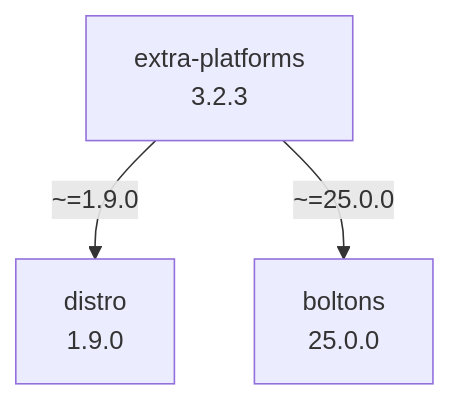
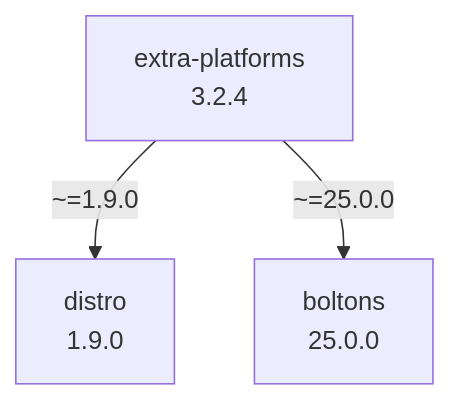
One commit to kdeldycke/extra-platforms changed the diagram in docs/assets/dependencies.mmd. Above: the diagram before and after it, drawn with Mermaid.

Commit message:
[autofix] Regenerate dependency graph

```diff
--- a/docs/assets/dependencies.mmd
+++ b/docs/assets/dependencies.mmd
@@ -1,7 +1,7 @@
 flowchart TD
     classDef missing stroke-dasharray: 5
     boltons["boltons\n25.0.0"]
     distro["distro\n1.9.0"]
-    extra-platforms["extra-platforms\n3.2.3"]
+    extra-platforms["extra-platforms\n3.2.4"]
     extra-platforms -- "~=1.9.0" --> distro
     extra-platforms -- "~=25.0.0" --> boltons
```
